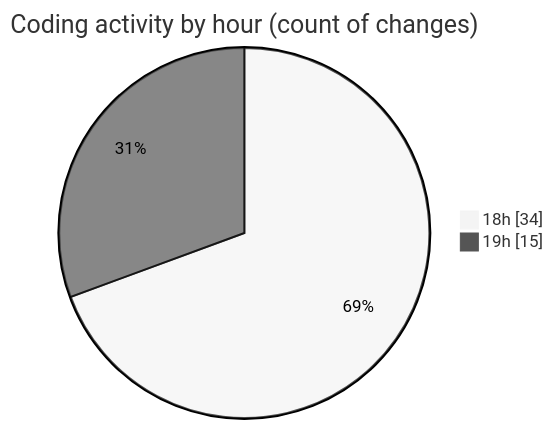
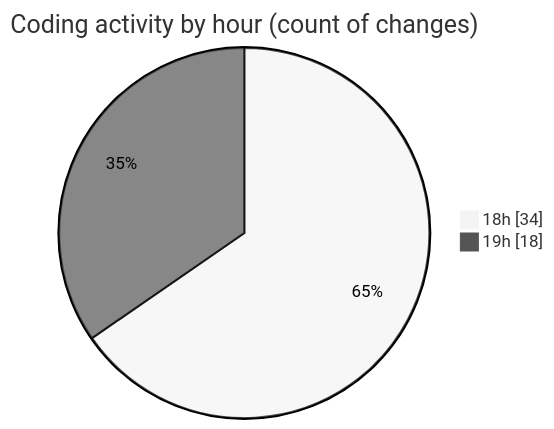
Before and after one commit to hasnaa123/code-tracking: the second of 2 diagrams in 2025-12-28/java_basics/README.md, drawn with Mermaid (neutral theme). The commit also changed other lines of this file and 1 other file, not shown here.

````diff
--- a/2025-12-28/java_basics/README.md
+++ b/2025-12-28/java_basics/README.md
@@ -28,6 +28,6 @@
 ```mermaid
 pie showData
 title Coding activity by hour (count of changes)
 "18h" : 34
-"19h" : 15
+"19h" : 18
 ```
````
